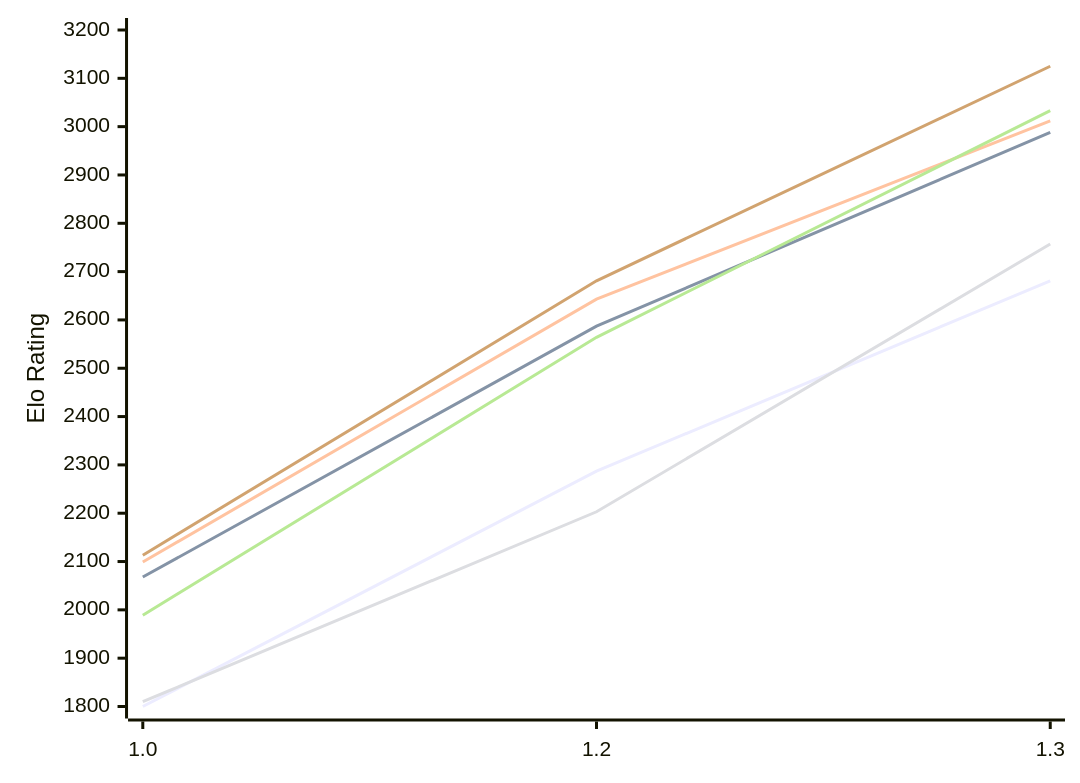
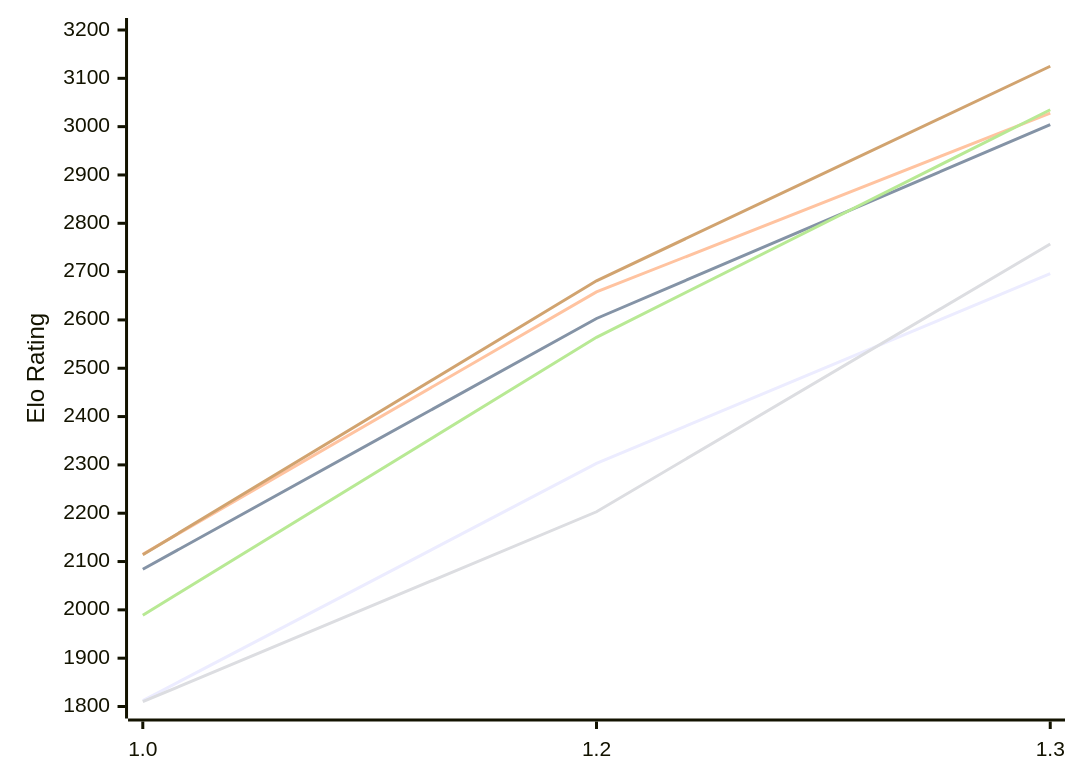
The first of 2 diagrams in engines/Echekinator.md (computer-chess-index/cci), drawn with Mermaid before and after one commit. The commit also changed other lines of this file, not shown here.

Commit message:
Update CCI Ratings (ELO VLTC) - 2026-11-11

````diff
--- a/engines/Echekinator.md
+++ b/engines/Echekinator.md
@@ -52,12 +52,12 @@
 ```mermaid
 %%{init: {"theme":"base","themeVariables":{"seriesColors:['#a3a3a3','#222221','#faa371']}}}%%
 xychart-beta
   x-axis ["1.0", "1.2", "1.3"]
   y-axis "Elo Rating" 1800 --> 3200
-  line "E1: STC (8.0+0.08s)" [1800, 2287, 2681]
-  line "E1: LTC (60.0+0.60s)" [2068, 2587, 2988]
-  line "E1: VLTC (2m24s+1.12s)" [2099, 2643, 3012]
+  line "E1: STC (8.0+0.08s)" [1812, 2303, 2696]
+  line "E1: LTC (60.0+0.60s)" [2084, 2603, 3004]
+  line "E1: VLTC (2m24s+1.12s)" [2115, 2658, 3028]
   line "P1: STC (8.0+0.08s)" [1810, 2203, 2757]
-  line "P1: LTC (60.0+0.60s)" [1989, 2564, 3033]
-  line "P1: VLTC (2m24s+1.12s)" [2113, 2681, 3125]
+  line "P1: LTC (60.0+0.60s)" [1989, 2564, 3035]
+  line "P1: VLTC (2m24s+1.12s)" [2114, 2681, 3125]
 ```
````
